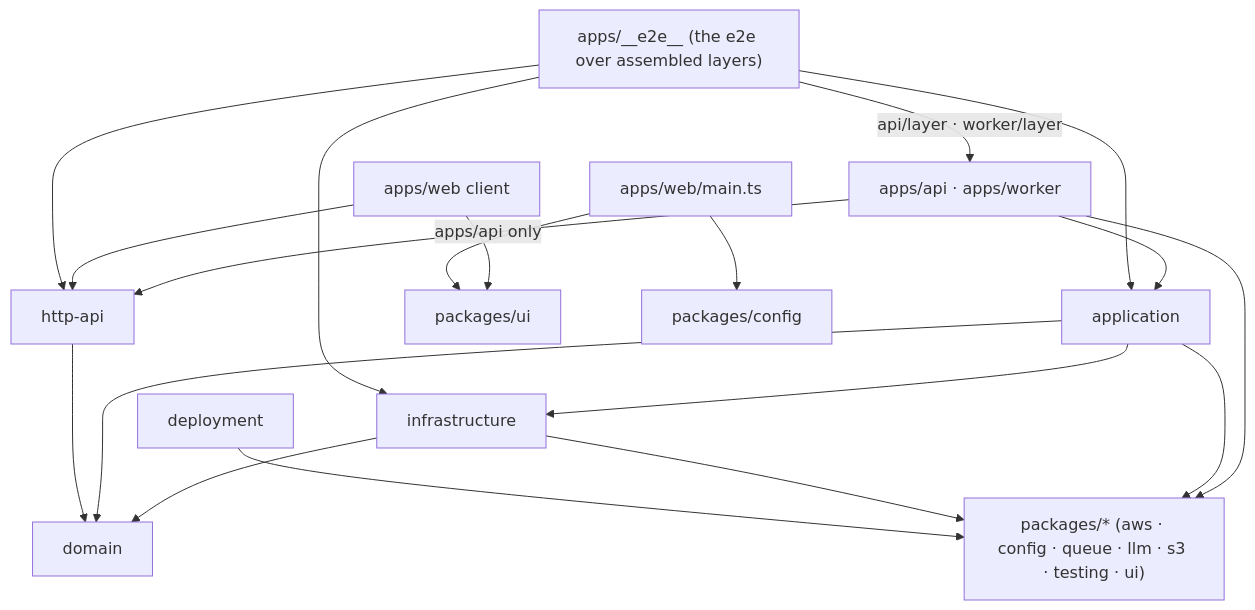
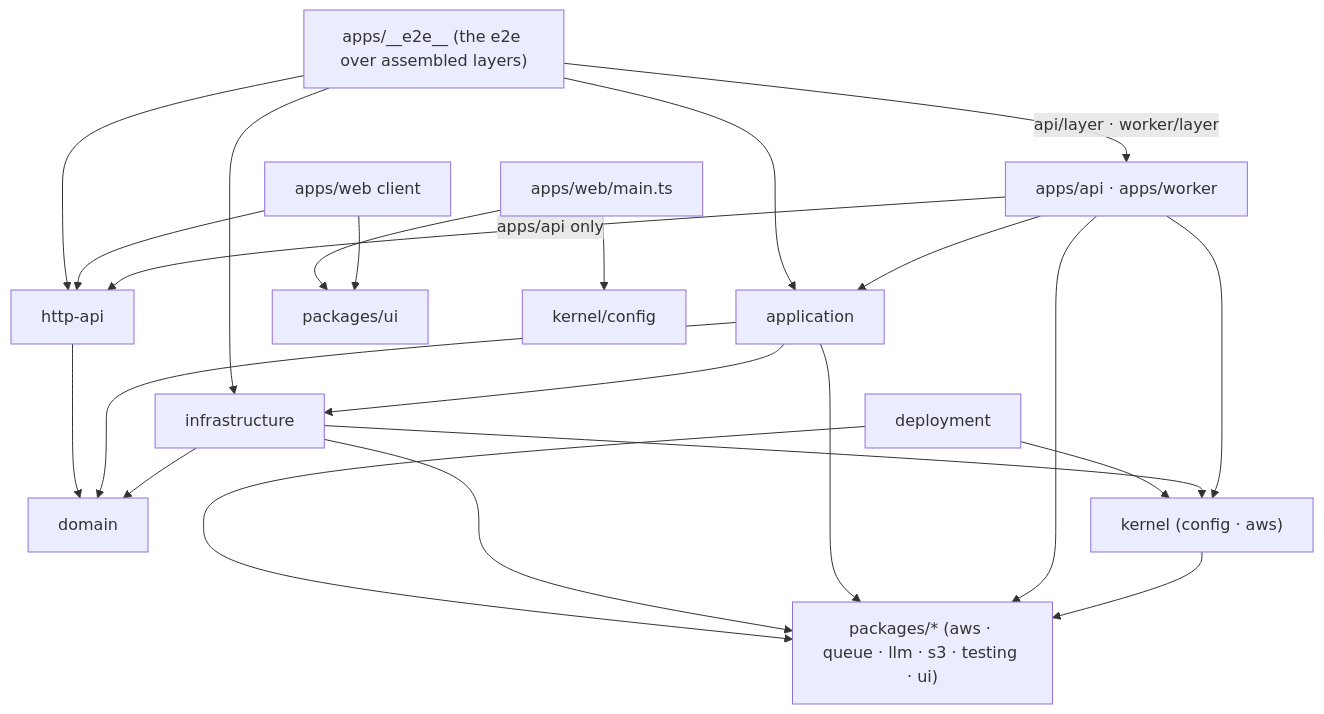
One commit to khotei/app-template changed the diagram in docs/knowledge/architecture.md. Above: the diagram before and after it, drawn with Mermaid. The commit also changed other lines of this file and 82 other files, not shown here.

````diff
--- a/docs/knowledge/architecture.md
+++ b/docs/knowledge/architecture.md
@@ -12,21 +12,25 @@
 ```mermaid
 graph TD
   apps["apps/api · apps/worker"] --> application
   application --> infrastructure
   infrastructure --> domain
   application --> domain
   apps -->|"apps/api only"| httpApi["http-api"]
   httpApi --> domain
-  apps --> packages["packages/* (aws · config · queue · llm · s3 · testing · ui)"]
+  apps --> kernel["kernel (config · aws)"]
+  infrastructure --> kernel
+  kernel --> packages
+  apps --> packages["packages/* (aws · queue · llm · s3 · testing · ui)"]
   application --> packages
   infrastructure --> packages
   web["apps/web client"] --> httpApi
   web --> ui["packages/ui"]
   webMain["apps/web/main.ts"] --> ui
-  webMain --> config["packages/config"]
+  webMain --> config["kernel/config"]
+  deployment --> kernel
   deployment --> packages
   e2e["apps/__e2e__ (the e2e over assembled layers)"] -->|"api/layer · worker/layer"| apps
   e2e --> httpApi
   e2e --> application
   e2e --> infrastructure
 ```
````
